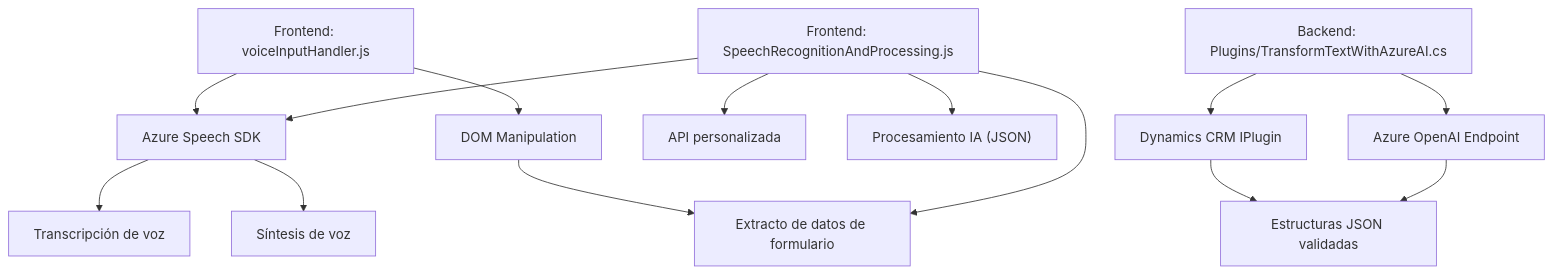
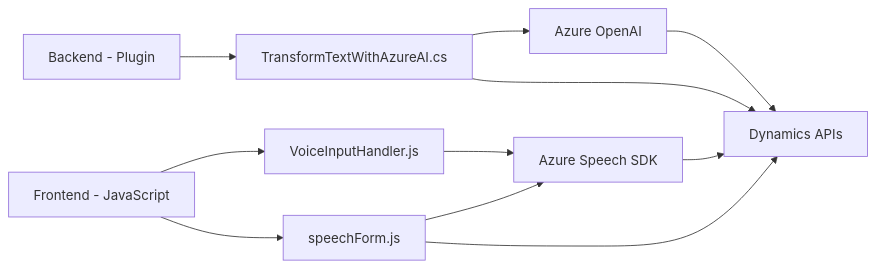
One commit to blopezdm/NETCORE_BILBAO2025 changed the diagram in README.md. Above: the diagram before and after it, drawn with Mermaid. The commit also changed other lines of this file, not shown here.

````diff
--- a/README.md
+++ b/README.md
@@ -38,16 +41,14 @@
 ```mermaid
-graph TD
-    A["Frontend: voiceInputHandler.js"] --> B["Azure Speech SDK"]
-    A --> C["DOM Manipulation"]
-    B --> D["Transcripción de voz"]
-    B --> E["Síntesis de voz"]
-    C --> F["Extracto de datos de formulario"]
-    G["Frontend: SpeechRecognitionAndProcessing.js"] --> B
-    G --> F
-    G --> H["API personalizada"]
-    G --> I["Procesamiento IA (JSON)"]
-    J["Backend: Plugins/TransformTextWithAzureAI.cs"] --> K["Dynamics CRM IPlugin"]
-    J --> L["Azure OpenAI Endpoint"]
-    K --> M["Estructuras JSON validadas"]
-    L --> M
+graph LR
+    A["Frontend - JavaScript"] --> B["VoiceInputHandler.js"]
+    A --> C["speechForm.js"]
+    B --> D["Azure Speech SDK"]
+    C --> D
+    C --> E["Dynamics APIs"]
+
+    F["Backend - Plugin"] --> G["TransformTextWithAzureAI.cs"]
+    G --> H["Azure OpenAI"]
+    G --> E
+    H --> E
+    D --> E
 ```
````
